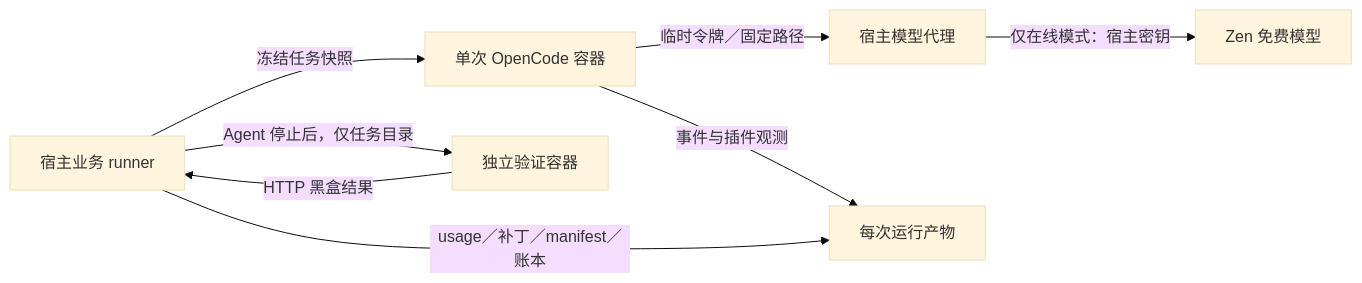
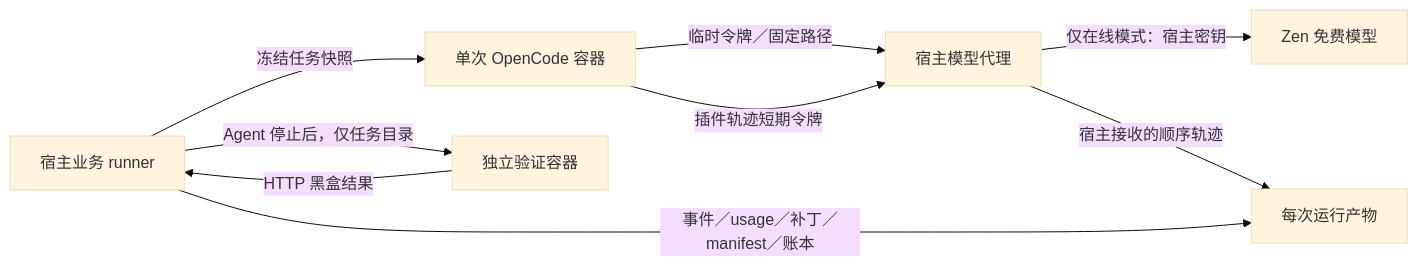
Before and after one commit to EthyleneC2H4/Bluecode: the diagram in docs/order-after-sales-evaluation.md, drawn with Mermaid (base theme). The commit also changed other lines of this file and 10 other files, not shown here.

````diff
--- a/docs/order-after-sales-evaluation.md
+++ b/docs/order-after-sales-evaluation.md
@@ -19,10 +19,11 @@
 ```mermaid
 flowchart LR
   HOST[宿主业务 runner] -->|冻结任务快照| AGENT[单次 OpenCode 容器]
   AGENT -->|临时令牌／固定路径| PROXY[宿主模型代理]
   PROXY -->|仅在线模式：宿主密钥| ZEN[Zen 免费模型]
   HOST -->|Agent 停止后，仅任务目录| CHECK[独立验证容器]
   CHECK -->|HTTP 黑盒结果| HOST
-  AGENT -->|事件与插件观测| ART[每次运行产物]
-  HOST -->|usage／补丁／manifest／账本| ART
+  AGENT -->|插件轨迹短期令牌| PROXY
+  PROXY -->|宿主接收的顺序轨迹| ART[每次运行产物]
+  HOST -->|事件／usage／补丁／manifest／账本| ART
 ```
````
